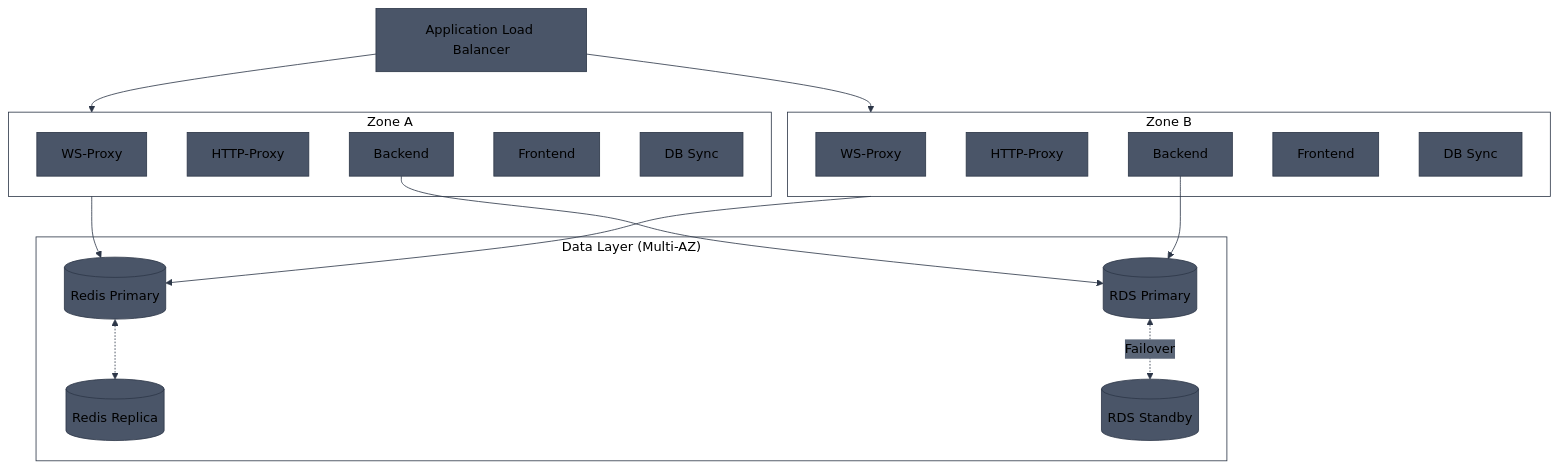
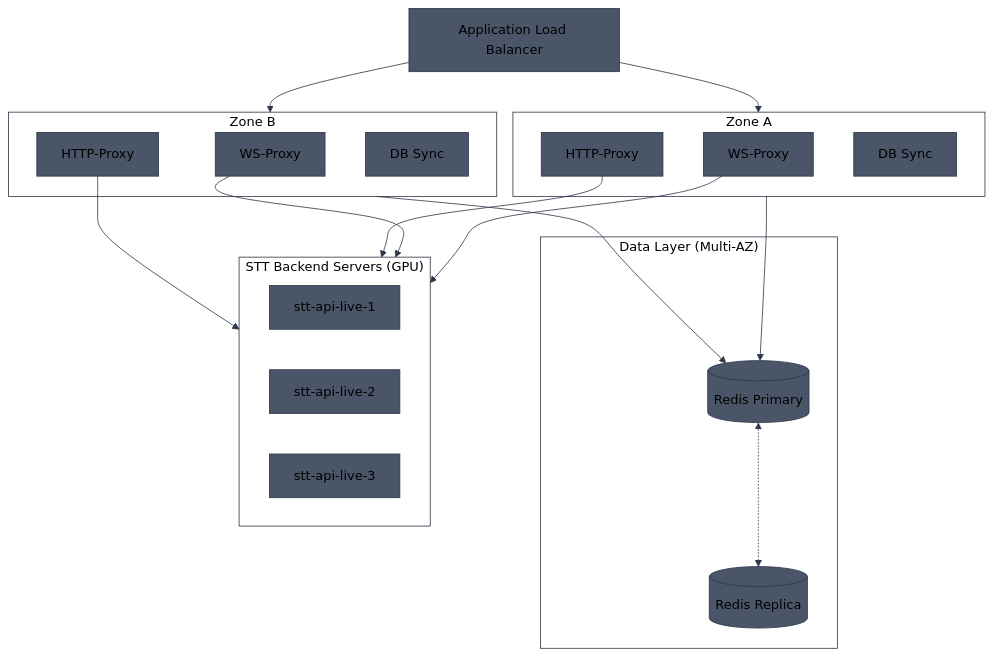
One commit to aldea-ai/infrastructure-docs changed the fourth of 8 diagrams in diagrams/ecs-architecture.md. Above: the diagram before and after it, drawn with Mermaid. The commit also changed other lines of this file, not shown here.

Commit message:
Add STT backend servers (GPU) to diagrams showing proxy traffic destinations

````diff
--- a/diagrams/ecs-architecture.md
+++ b/diagrams/ecs-architecture.md
@@ -135,34 +136,33 @@
 ```mermaid
 %%{init: {'theme': 'base', 'themeVariables': { 'primaryColor': '#4a5568', 'primaryTextColor': '#000', 'primaryBorderColor': '#2d3748', 'lineColor': '#2d3748', 'secondaryColor': '#5a6577', 'tertiaryColor': '#6b7280', 'clusterBkg': 'transparent', 'clusterBorder': '#2d3748', 'titleColor': '#000'}}}%%
 flowchart TB
     LB[Application Load Balancer]
 
     subgraph AZ_A["Zone A"]
         WS_A[WS-Proxy]
         HTTP_A[HTTP-Proxy]
-        BE_A[Backend]
-        FE_A[Frontend]
         SQS_A[DB Sync]
     end
 
     subgraph AZ_B["Zone B"]
         WS_B[WS-Proxy]
         HTTP_B[HTTP-Proxy]
-        BE_B[Backend]
-        FE_B[Frontend]
         SQS_B[DB Sync]
     end
 
     subgraph Data["Data Layer (Multi-AZ)"]
         REDIS_P[(Redis Primary)]
         REDIS_R[(Redis Replica)]
-        RDS_P[(RDS Primary)]
-        RDS_S[(RDS Standby)]
+    end
+
+    subgraph STT["STT Backend Servers (GPU)"]
+        STT1[stt-api-live-1]
+        STT2[stt-api-live-2]
+        STT3[stt-api-live-3]
     end
 
     LB --> AZ_A & AZ_B
     AZ_A & AZ_B --> REDIS_P
     REDIS_P <-.-> REDIS_R
-    BE_A & BE_B --> RDS_P
-    RDS_P <-.->|Failover| RDS_S
+    WS_A & WS_B & HTTP_A & HTTP_B --> STT
 ```
````
